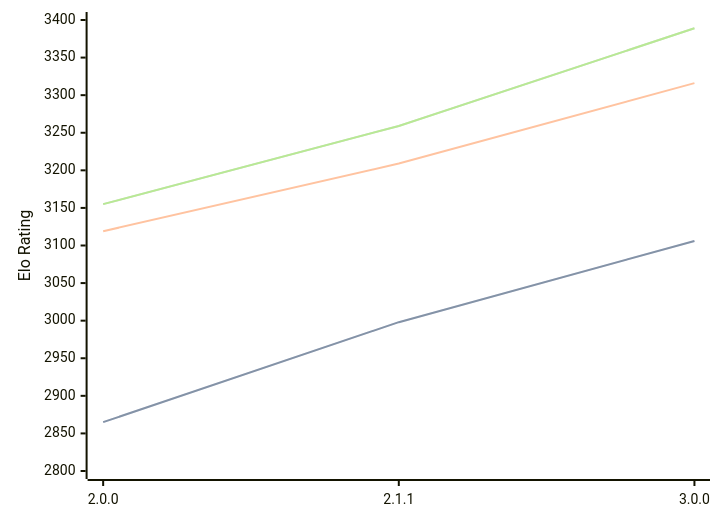
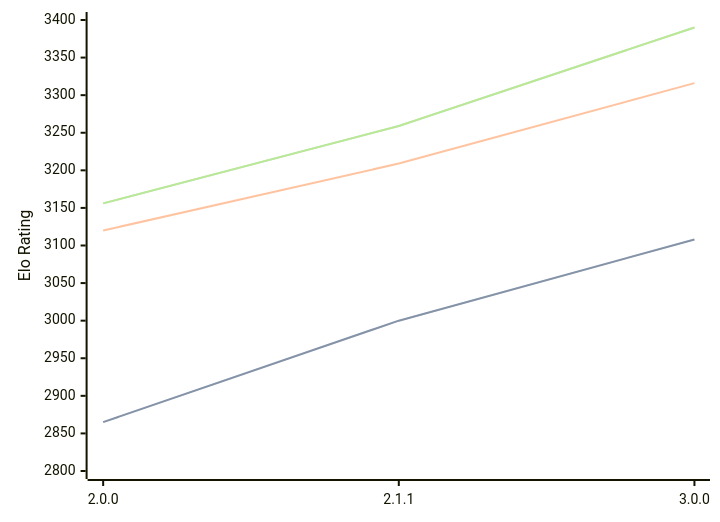
The diagram in engines/Bread.md (computer-chess-index/cci), drawn with Mermaid before and after one commit. The commit also changed other lines of this file, not shown here.

Commit message:
Update CCI Ratings (ELO VLTC) - 2026-09-14

````diff
--- a/engines/Bread.md
+++ b/engines/Bread.md
@@ -36,11 +36,11 @@
 ```mermaid
 %%{init: {"theme":"base","themeVariables":{"seriesColors:['#a3a3a3','#222221','#faa371']}}}%%
 xychart-beta
   x-axis ["2.0.0", "2.1.1", "3.0.0"]
   y-axis "Elo Rating" 2800 --> 3400
-  line "" [2865, 2998, 3106]
-  line "STC (8.0+0.08s)" [2865, 2998, 3106]
-  line "LTC (60.0+0.60s)" [3119, 3209, 3316]
-  line "" [3155, 3259, 3389]
-  line "VLTC (2m24s+1.12s)" [3155, 3259, 3389]
+  line "" [2865, 3000, 3108]
+  line "STC (8.0+0.08s)" [2865, 3000, 3108]
+  line "LTC (60.0+0.60s)" [3120, 3209, 3316]
+  line "" [3156, 3259, 3390]
+  line "VLTC (2m24s+1.12s)" [3156, 3259, 3390]
 ```
````
